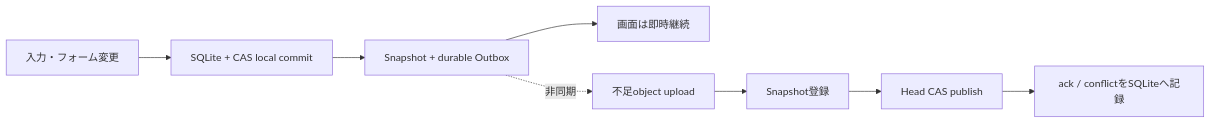
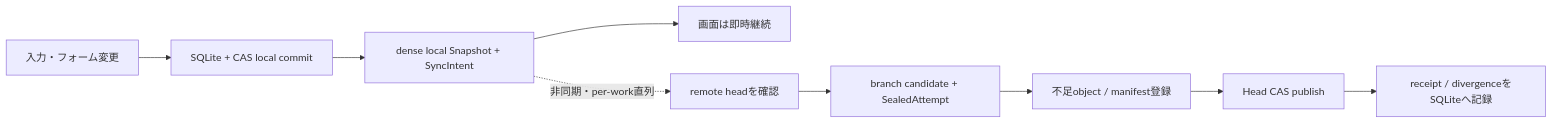
The diagram in docs/SNAPSHOT_SYNC.md (SerikaYuzuki/NovelWriter), drawn with Mermaid before and after one commit. The commit also changed other lines of this file and 53 other files, not shown here.

````diff
--- a/docs/SNAPSHOT_SYNC.md
+++ b/docs/SNAPSHOT_SYNC.md
@@ -162,10 +216,11 @@
 ```mermaid
 flowchart LR
     A["入力・フォーム変更"] --> B["SQLite + CAS local commit"]
-    B --> C["Snapshot + durable Outbox"]
+    B --> C["dense local Snapshot + SyncIntent"]
     C --> D["画面は即時継続"]
-    C -. "非同期" .-> E["不足object upload"]
-    E --> F["Snapshot登録"]
-    F --> G["Head CAS publish"]
-    G --> H["ack / conflictをSQLiteへ記録"]
+    C -. "非同期・per-work直列" .-> E["remote headを確認"]
+    E --> F["branch candidate + SealedAttempt"]
+    F --> G["不足object / manifest登録"]
+    G --> H["Head CAS publish"]
+    H --> I["receipt / divergenceをSQLiteへ記録"]
 ```
````
